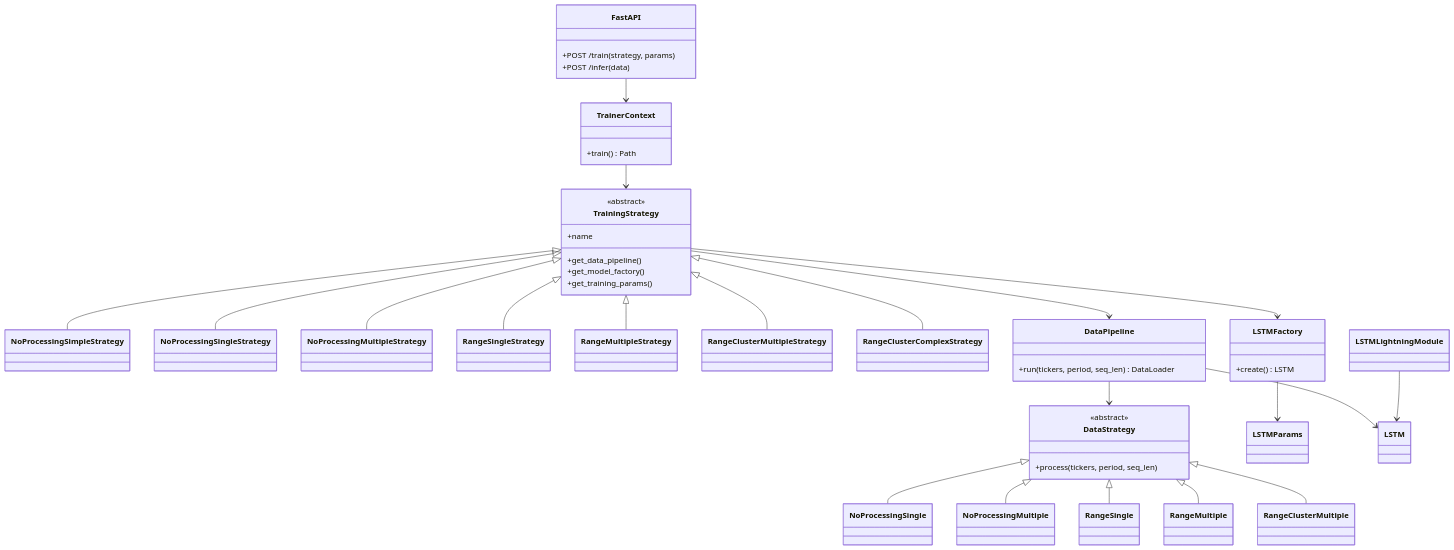
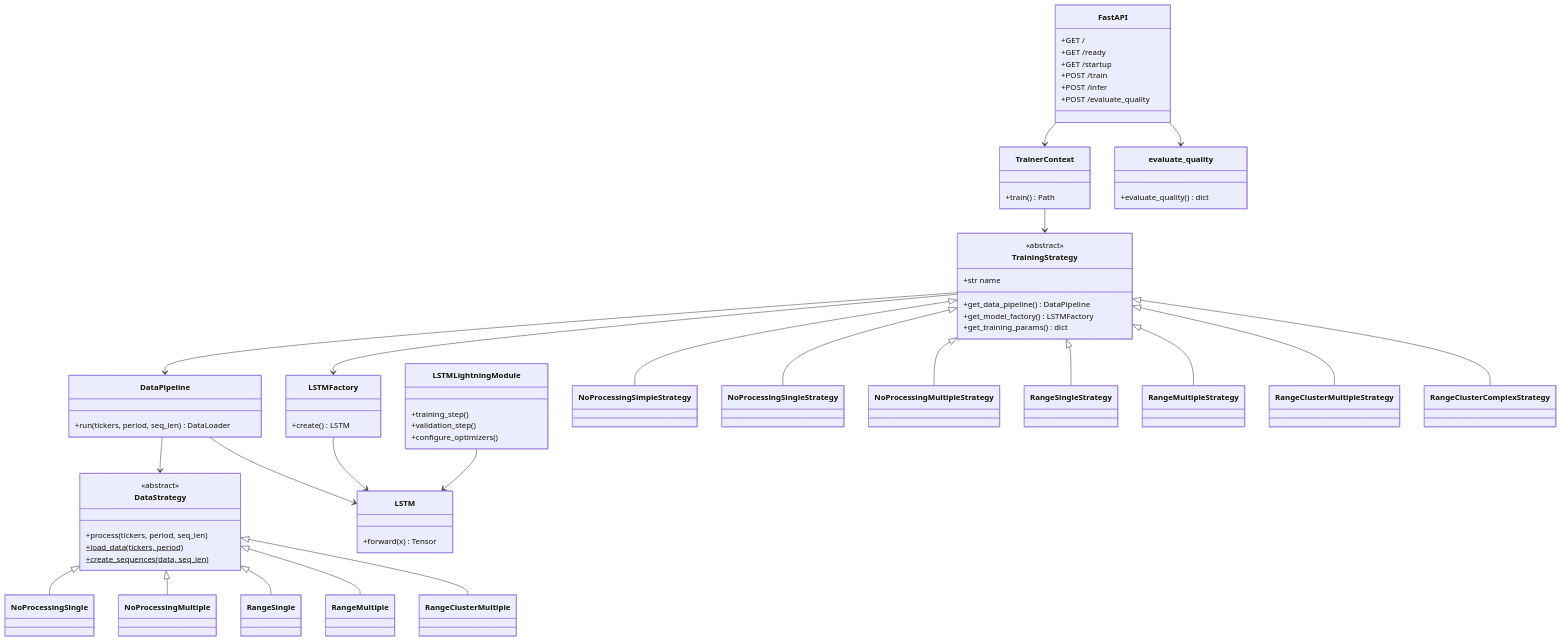
Before and after one commit to FIAP/Pos_Tech_MLET: the second of 7 diagrams in productization/README.md, drawn with Mermaid. The commit also changed other lines of this file and 11 other files, not shown here.

````diff
--- a/productization/README.md
+++ b/productization/README.md
@@ -18,50 +74,76 @@
 ```mermaid
 classDiagram
-	class FastAPI {
-		+POST /train(strategy, params)
-		+POST /infer(data)
-	}
+    class FastAPI {
+        +GET /
+        +GET /ready
+        +GET /startup
+        +POST /train
+        +POST /infer
+        +POST /evaluate_quality
+    }
 
-	class TrainingStrategy {
-		<<abstract>>
-		+name
-		+get_data_pipeline()
-		+get_model_factory()
-		+get_training_params()
-	}
-	TrainingStrategy <|-- NoProcessingSimpleStrategy
-	TrainingStrategy <|-- NoProcessingSingleStrategy
-	TrainingStrategy <|-- NoProcessingMultipleStrategy
-	TrainingStrategy <|-- RangeSingleStrategy
-	TrainingStrategy <|-- RangeMultipleStrategy
-	TrainingStrategy <|-- RangeClusterMultipleStrategy
-	TrainingStrategy <|-- RangeClusterComplexStrategy
+    class TrainingStrategy {
+        <<abstract>>
+        +str name
+        +get_data_pipeline() DataPipeline
+        +get_model_factory() LSTMFactory
+        +get_training_params() dict
+    }
 
-	class DataStrategy {
-		<<abstract>>
-		+process(tickers, period, seq_len)
-	}
-	DataStrategy <|-- NoProcessingSingle
-	DataStrategy <|-- NoProcessingMultiple
-	DataStrategy <|-- RangeSingle
-	DataStrategy <|-- RangeMultiple
-	DataStrategy <|-- RangeClusterMultiple
+    class DataStrategy {
+        <<abstract>>
+        +process(tickers, period, seq_len)
+        +load_data(tickers, period)$
+        +create_sequences(data, seq_len)$
+    }
 
-	class DataPipeline {
-		+run(tickers, period, seq_len) DataLoader
-	}
-	class LSTMFactory { +create() LSTM }
-	class LSTMParams
-	class LSTM
-	class LSTMLightningModule
-	class TrainerContext { +train() Path }
+    class DataPipeline {
+        +run(tickers, period, seq_len) DataLoader
+    }
 
-	FastAPI --> TrainerContext
-	TrainerContext --> TrainingStrategy
-	TrainingStrategy --> DataPipeline
-	TrainingStrategy --> LSTMFactory
-	DataPipeline --> DataStrategy
-	DataPipeline --> LSTM
-	LSTMFactory --> LSTMParams
-	LSTMLightningModule --> LSTM
+    class LSTMFactory {
+        +create() LSTM
+    }
+
+    class LSTM {
+        +forward(x) Tensor
+    }
+
+    class LSTMLightningModule {
+        +training_step()
+        +validation_step()
+        +configure_optimizers()
+    }
+
+    class TrainerContext {
+        +train() Path
+    }
+
+    class evaluate_quality {
+        +evaluate_quality() dict
+    }
+
+    TrainingStrategy <|-- NoProcessingSimpleStrategy
+    TrainingStrategy <|-- NoProcessingSingleStrategy
+    TrainingStrategy <|-- NoProcessingMultipleStrategy
+    TrainingStrategy <|-- RangeSingleStrategy
+    TrainingStrategy <|-- RangeMultipleStrategy
+    TrainingStrategy <|-- RangeClusterMultipleStrategy
+    TrainingStrategy <|-- RangeClusterComplexStrategy
+
+    DataStrategy <|-- NoProcessingSingle
+    DataStrategy <|-- NoProcessingMultiple
+    DataStrategy <|-- RangeSingle
+    DataStrategy <|-- RangeMultiple
+    DataStrategy <|-- RangeClusterMultiple
+
+    FastAPI --> TrainerContext
+    TrainerContext --> TrainingStrategy
+    TrainingStrategy --> DataPipeline
+    TrainingStrategy --> LSTMFactory
+    DataPipeline --> DataStrategy
+    DataPipeline --> LSTM
+    LSTMFactory --> LSTM
+    LSTMLightningModule --> LSTM
+    FastAPI --> evaluate_quality
 ```
````
